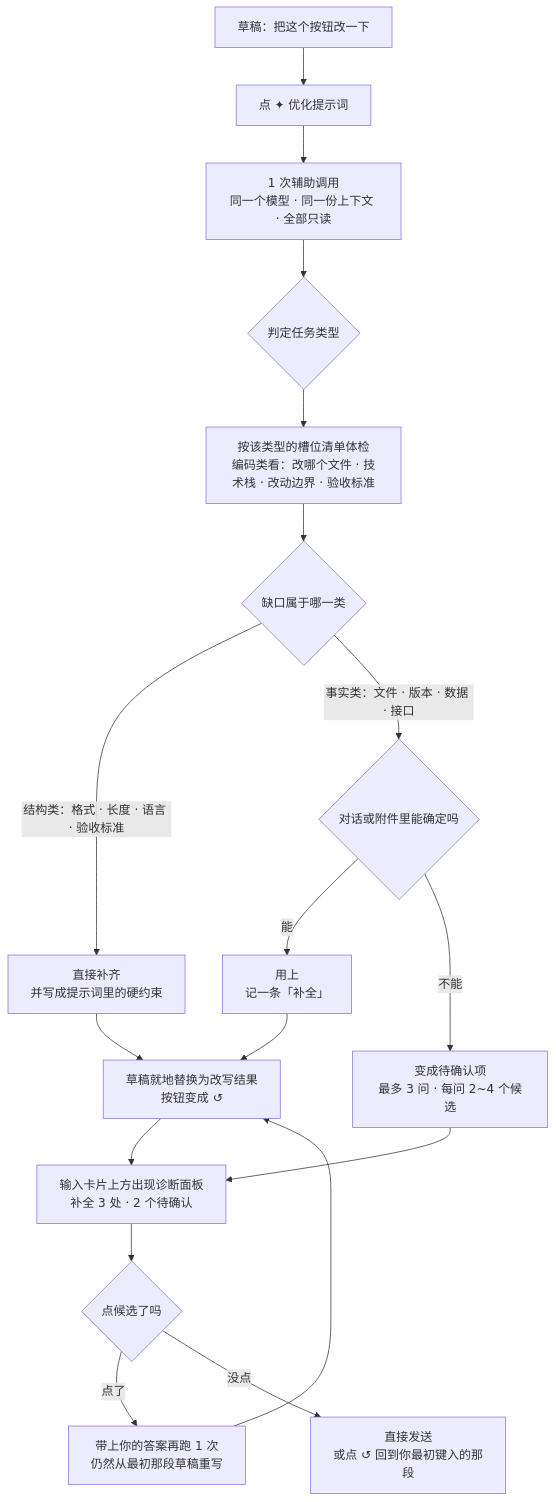
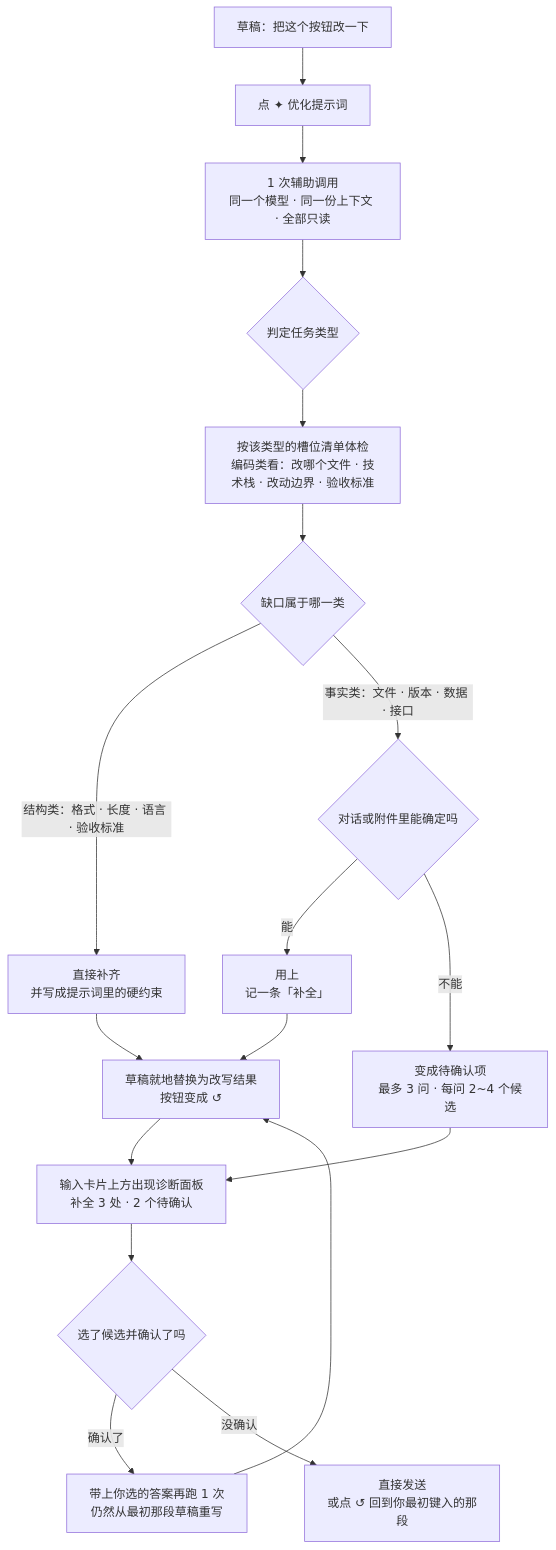
One commit to nolodjska/dsh-prompt-polish changed the diagram in README.md. Above: the diagram before and after it, drawn with Mermaid. The commit also changed other lines of this file and 6 other files, not shown here.

````diff
--- a/README.md
+++ b/README.md
@@ -7,20 +7,20 @@
 ```mermaid
 flowchart TD
     DRAFT["草稿：把这个按钮改一下"] --> CLICK["点 ✦ 优化提示词"]
     CLICK --> CALL["1 次辅助调用<br/>同一个模型 · 同一份上下文 · 全部只读"]
     CALL --> TYPE{"判定任务类型"}
     TYPE --> AUDIT["按该类型的槽位清单体检<br/>编码类看：改哪个文件 · 技术栈 · 改动边界 · 验收标准"]
     AUDIT --> GAP{"缺口属于哪一类"}
     GAP -->|"结构类：格式 · 长度 · 语言 · 验收标准"| FILL["直接补齐<br/>并写成提示词里的硬约束"]
     GAP -->|"事实类：文件 · 版本 · 数据 · 接口"| KNOWN{"对话或附件里能确定吗"}
     KNOWN -->|"能"| USE["用上<br/>记一条「补全」"]
     KNOWN -->|"不能"| ASK["变成待确认项<br/>最多 3 问 · 每问 2~4 个候选"]
     FILL --> WRITE["草稿就地替换为改写结果<br/>按钮变成 ↺"]
     USE --> WRITE
     WRITE --> PANEL["输入卡片上方出现诊断面板<br/>补全 3 处 · 2 个待确认"]
     ASK --> PANEL
-    PANEL --> PICK{"点候选了吗"}
-    PICK -->|"点了"| AGAIN["带上你的答案再跑 1 次<br/>仍然从最初那段草稿重写"]
+    PANEL --> PICK{"选了候选并确认了吗"}
+    PICK -->|"确认了"| AGAIN["带上你选的答案再跑 1 次<br/>仍然从最初那段草稿重写"]
     AGAIN --> WRITE
-    PICK -->|"没点"| SEND["直接发送<br/>或点 ↺ 回到你最初键入的那段"]
+    PICK -->|"没确认"| SEND["直接发送<br/>或点 ↺ 回到你最初键入的那段"]
 ```
````
